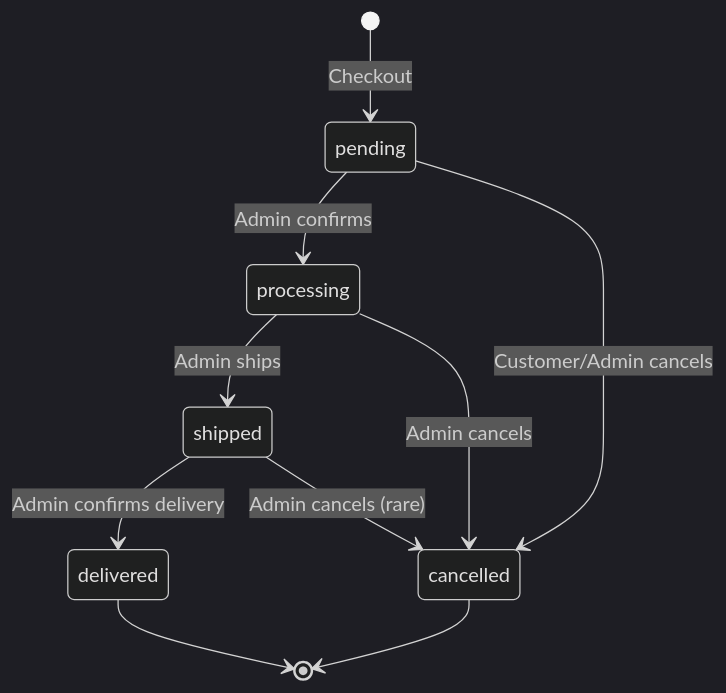
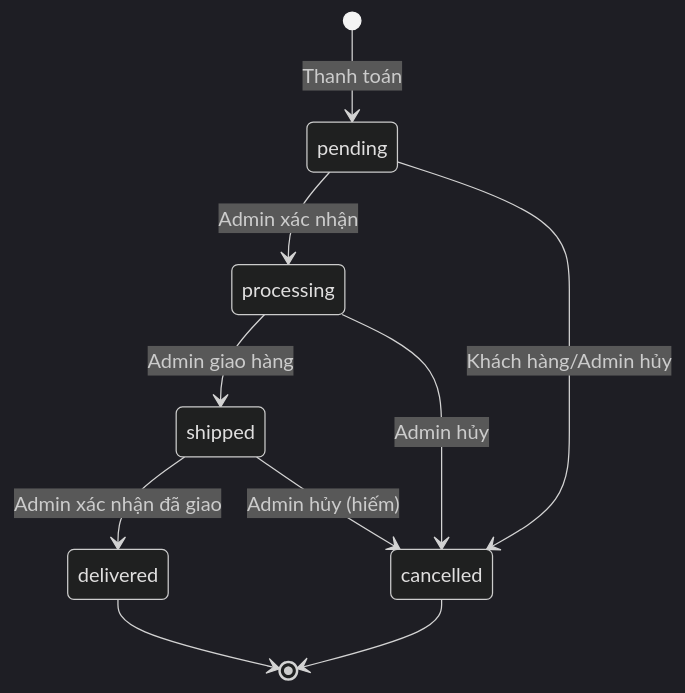
One commit to vinhhoang04cp/webshop changed the diagram in docs/BUSINESS_LOGIC.md. Above: the diagram before and after it, drawn with Mermaid (dark theme). The commit also changed other lines of this file, not shown here.

````diff
--- a/docs/BUSINESS_LOGIC.md
+++ b/docs/BUSINESS_LOGIC.md
@@ -432,12 +432,12 @@
 ```mermaid
 stateDiagram-v2
-    [*] --> pending: Checkout
-    pending --> processing: Admin confirms
-    pending --> cancelled: Customer/Admin cancels
-    processing --> shipped: Admin ships
-    processing --> cancelled: Admin cancels
-    shipped --> delivered: Admin confirms delivery
-    shipped --> cancelled: Admin cancels (rare)
+    [*] --> pending: Thanh toán
+    pending --> processing: Admin xác nhận
+    pending --> cancelled: Khách hàng/Admin hủy
+    processing --> shipped: Admin giao hàng
+    processing --> cancelled: Admin hủy
+    shipped --> delivered: Admin xác nhận đã giao
+    shipped --> cancelled: Admin hủy (hiếm)
     delivered --> [*]
     cancelled --> [*]
 ```
````
